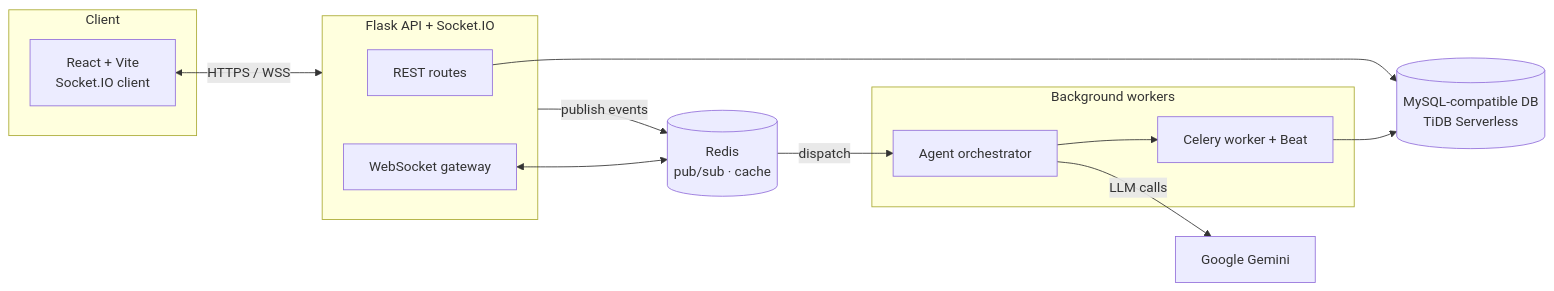
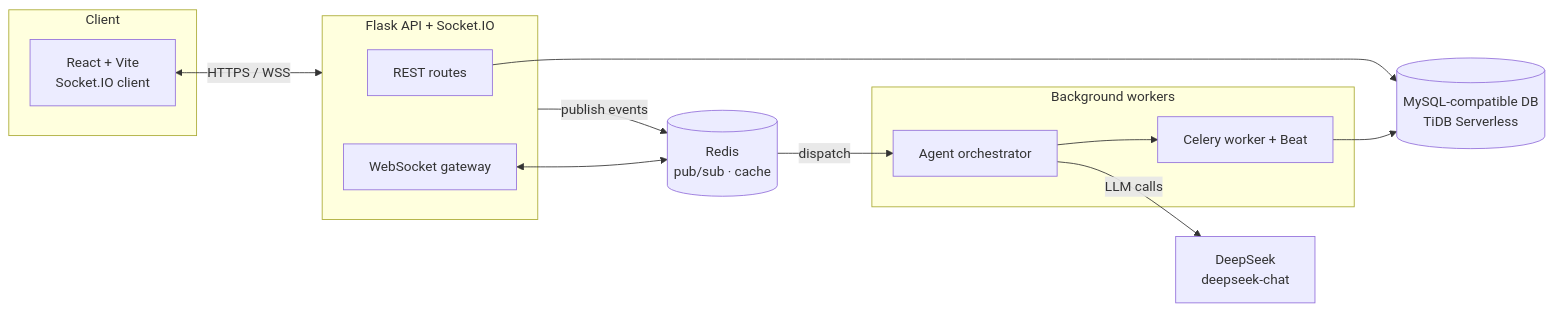
One commit to AbdulRafayPython/AuraFlow changed the diagram in README.md. Above: the diagram before and after it, drawn with Mermaid. The commit also changed other lines of this file and 9 other files, not shown here.

````diff
--- a/README.md
+++ b/README.md
@@ -115,25 +115,25 @@
 ```mermaid
 flowchart LR
     subgraph Client
         FE["React + Vite<br/>Socket.IO client"]
     end
     subgraph Server["Flask API + Socket.IO"]
         API["REST routes"]
         WS["WebSocket gateway"]
     end
     subgraph Async["Background workers"]
         ORCH["Agent orchestrator"]
         CELERY["Celery worker + Beat"]
     end
     DB[("MySQL-compatible DB<br/>TiDB Serverless")]
     REDIS[("Redis<br/>pub/sub · cache")]
 
     FE <-->|HTTPS / WSS| Server
     API --> DB
     WS <--> REDIS
     Server -->|publish events| REDIS
     REDIS -->|dispatch| ORCH
     ORCH --> CELERY
     CELERY --> DB
-    ORCH -->|LLM calls| GEMINI["Google Gemini"]
+    ORCH -->|LLM calls| LLM["DeepSeek<br/>deepseek-chat"]
 ```
````
